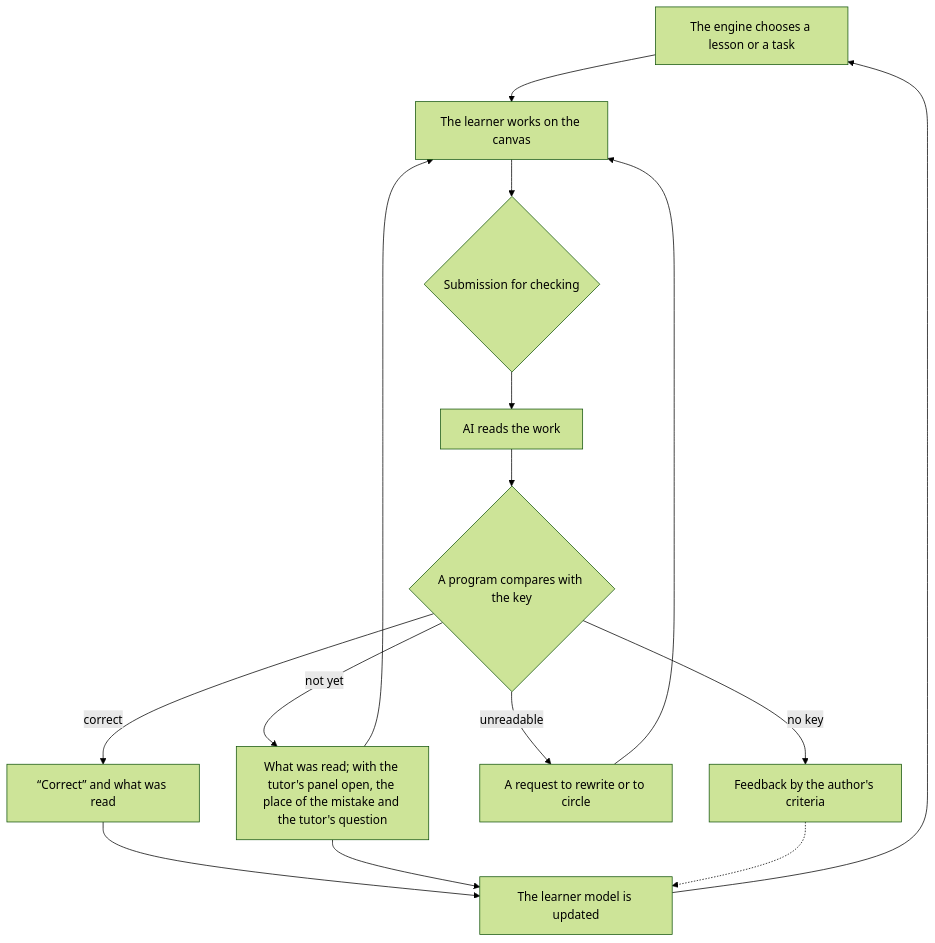
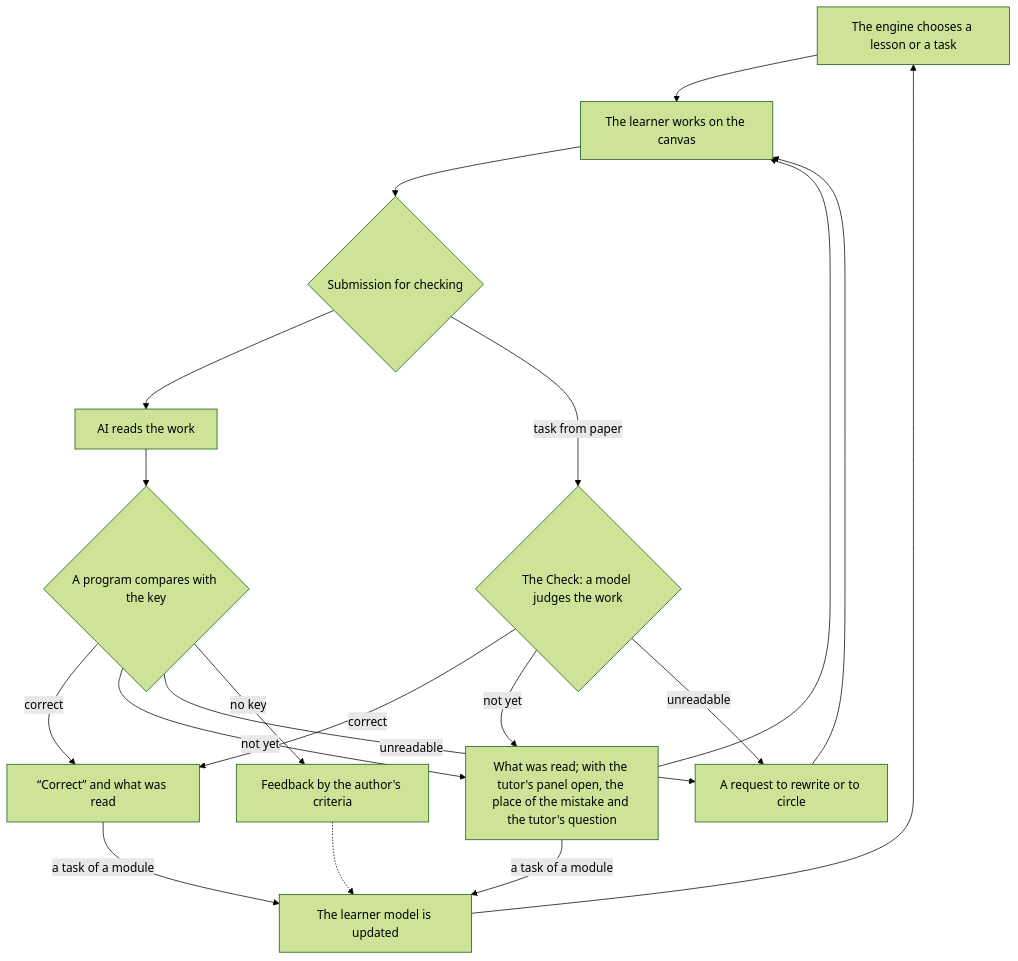
The first of 2 diagrams in docs/product.md (altnovatrail/spec), drawn with Mermaid (forest theme) before and after one commit. The commit also changed other lines of this file and 9 other files, not shown here.

First line of the commit message:
T284: the model judges a task from paper in one Check call

````diff
--- a/docs/product.md
+++ b/docs/product.md
@@ -73,17 +73,21 @@
 ```mermaid
 flowchart TD
     E["The engine chooses a lesson or a task"] --> W["The learner works on the canvas"]
     W --> C{"Submission for checking"}
     C --> R["AI reads the work"]
     R --> P{"A program compares with the key"}
     P -->|"correct"| OK["“Correct” and what was read"]
     P -->|"not yet"| NY["What was read; with the tutor's panel open, the place of the mistake and the tutor's question"]
     P -->|"unreadable"| RW["A request to rewrite or to circle"]
     P -->|"no key"| FB["Feedback by the author's criteria"]
+    C -->|"task from paper"| K{"The Check: a model judges the work"}
+    K -->|"correct"| OK
+    K -->|"not yet"| NY
+    K -->|"unreadable"| RW
     NY --> W
     RW --> W
-    OK --> M["The learner model is updated"]
-    NY --> M
+    OK -->|"a task of a module"| M["The learner model is updated"]
+    NY -->|"a task of a module"| M
     FB -.-> M
     M --> E
 ```
````
